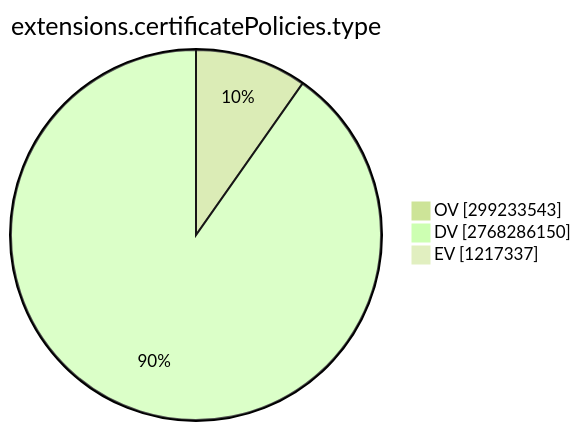
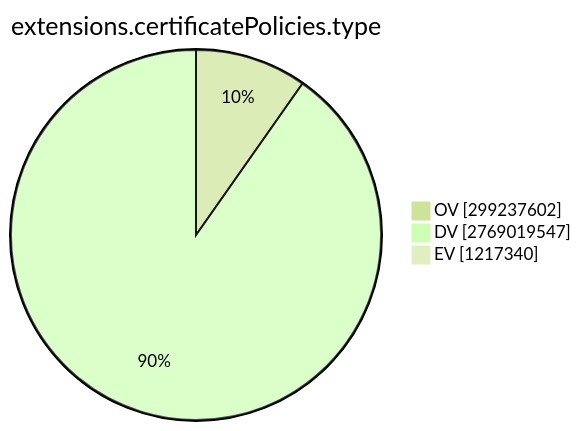
One commit to christiankrug/ctmonitor_visualization changed the ninth of 15 diagrams in TOTAL/README.md. Above: the diagram before and after it, drawn with Mermaid (forest theme). The commit also changed other lines of this file, not shown here.

````diff
--- a/TOTAL/README.md
+++ b/TOTAL/README.md
@@ -3101,7 +3101,7 @@
 ```mermaid
 pie showData
 title extensions.certificatePolicies.type
-"OV" :299233543
-"DV" :2768286150
-"EV" :1217337
+"OV" :299237602
+"DV" :2769019547
+"EV" :1217340
 ```
````
